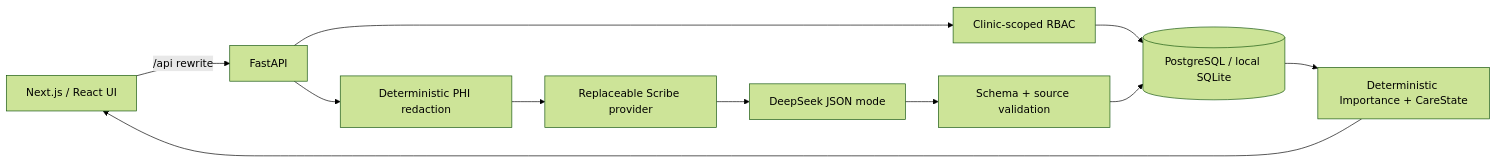
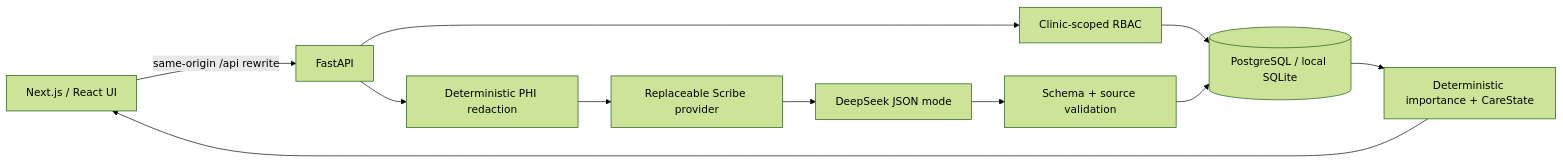
The diagram in README.md (QFAN04/nightingale-care-note), drawn with Mermaid (forest theme) before and after one commit. The commit also changed other lines of this file and 5 other files, not shown here.

````diff
--- a/README.md
+++ b/README.md
@@ -29,13 +27,13 @@
 ```mermaid
 flowchart LR
-    UI[Next.js / React UI] -->|/api rewrite| API[FastAPI]
+    UI[Next.js / React UI] -->|same-origin /api rewrite| API[FastAPI]
     API --> RBAC[Clinic-scoped RBAC]
     RBAC --> DB[(PostgreSQL / local SQLite)]
     API --> REDACT[Deterministic PHI redaction]
     REDACT --> PROVIDER[Replaceable Scribe provider]
     PROVIDER --> DEEPSEEK[DeepSeek JSON mode]
     DEEPSEEK --> VALIDATE[Schema + source validation]
     VALIDATE --> DB
-    DB --> GLANCE[Deterministic Importance + CareState]
+    DB --> GLANCE[Deterministic importance + CareState]
     GLANCE --> UI
 ```
````
